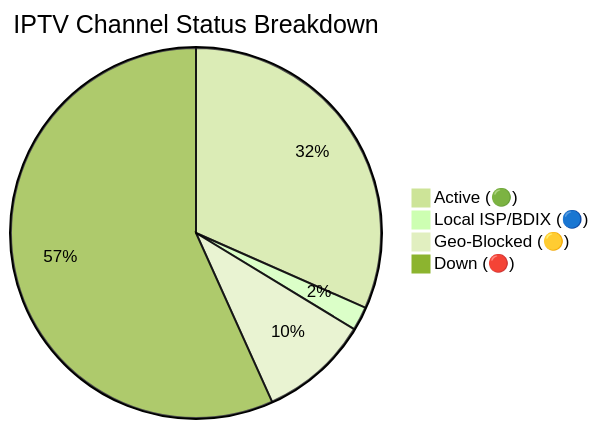
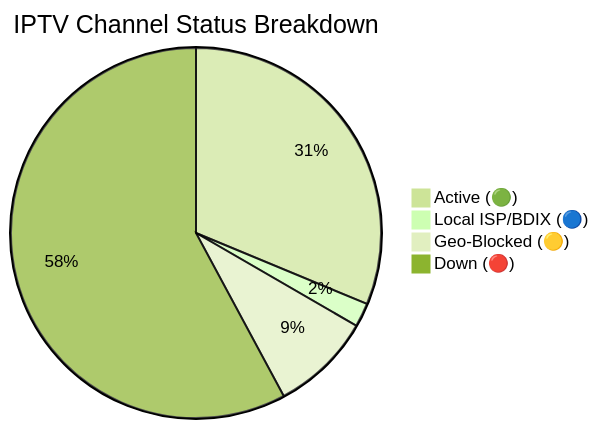
One commit to andreataylord/Ip-tv-Collection changed the diagram in README.md. Above: the diagram before and after it, drawn with Mermaid (forest theme). The commit also changed other lines of this file and 3 other files, not shown here.

````diff
--- a/README.md
+++ b/README.md
@@ -59,7 +59,7 @@
 ```mermaid
 pie title IPTV Channel Status Breakdown
-    "Active (🟢)" : 2350
+    "Active (🟢)" : 2321
     "Local ISP/BDIX (🔵)" : 155
-    "Geo-Blocked (🟡)" : 711
-    "Down (🔴)" : 4218
+    "Geo-Blocked (🟡)" : 653
+    "Down (🔴)" : 4296
 ```
````
